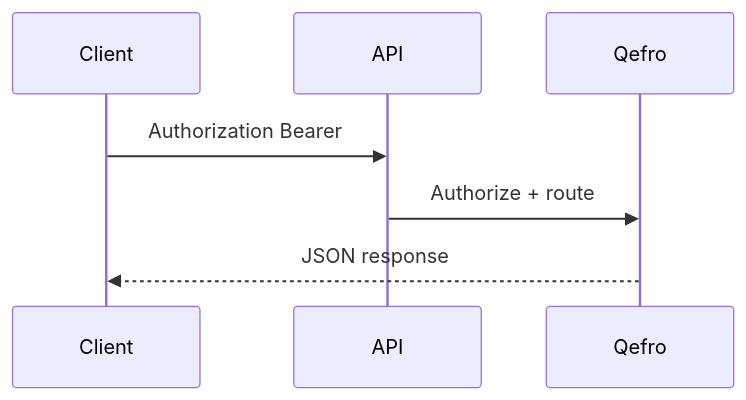
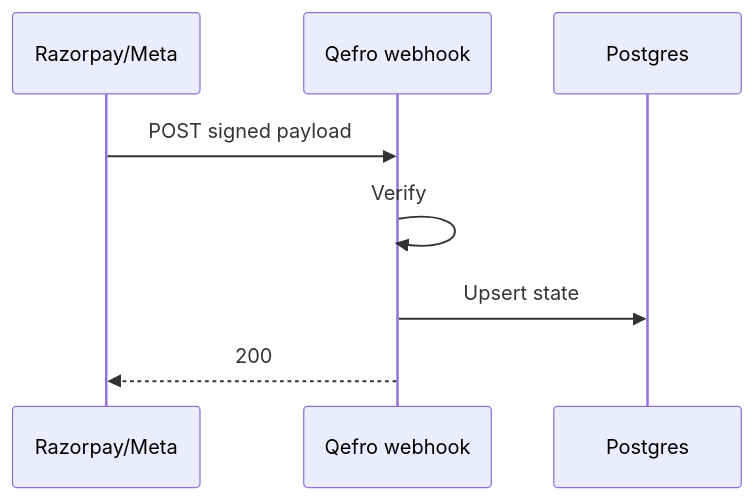
Before and after one commit to qefro-ai/qefro-documentation: the diagram in docs/api/webhooks.mdx, drawn with Mermaid. The commit also changed other lines of this file and 46 other files, not shown here.

````diff
--- a/docs/api/webhooks.mdx
+++ b/docs/api/webhooks.mdx
@@ -37,9 +48,10 @@
 ```mermaid
 sequenceDiagram
-  participant Client
-  participant API
-  participant Qefro
-  Client->>API: Authorization Bearer
-  API->>Qefro: Authorize + route
-  Qefro-->>Client: JSON response
+  participant R as Razorpay/Meta
+  participant WH as Qefro webhook
+  participant DB as Postgres
+  R->>WH: POST signed payload
+  WH->>WH: Verify
+  WH->>DB: Upsert state
+  WH-->>R: 200
 ```
````
